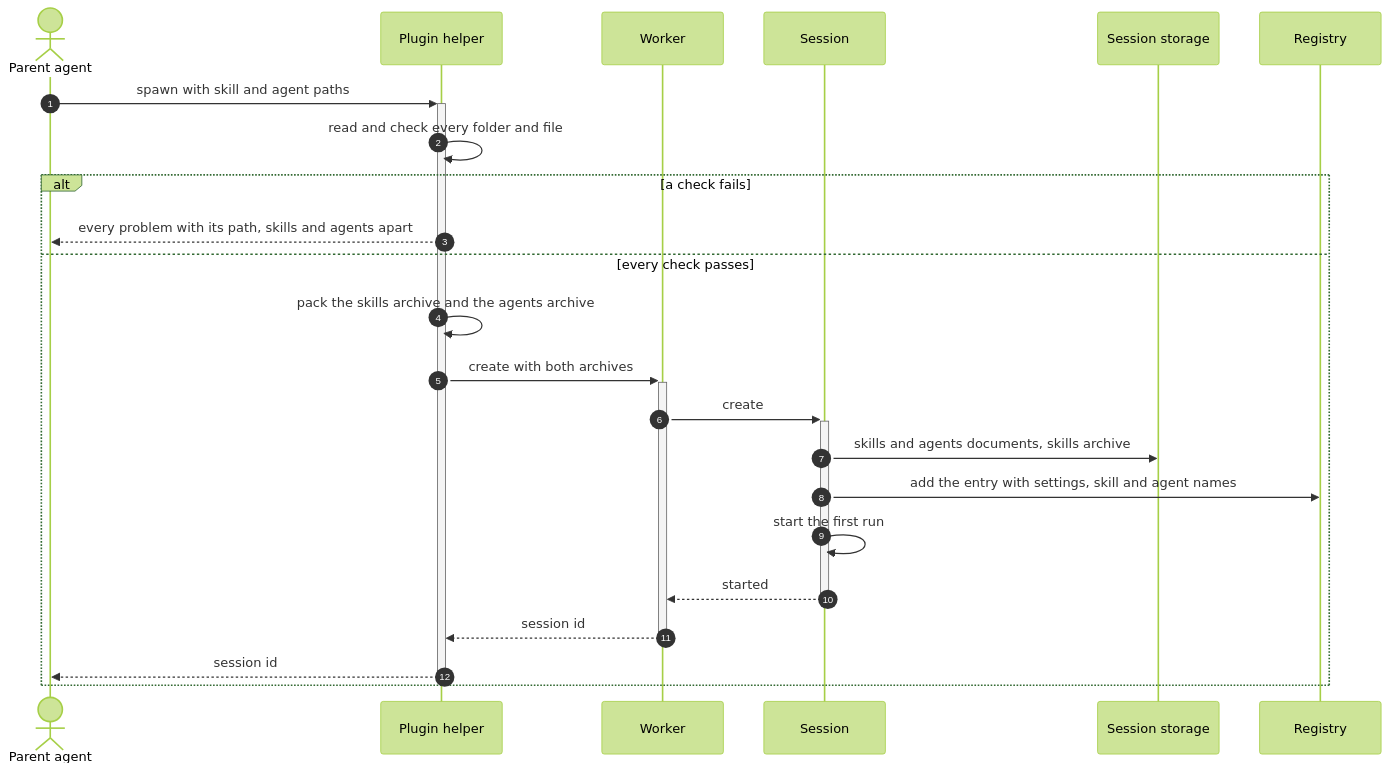
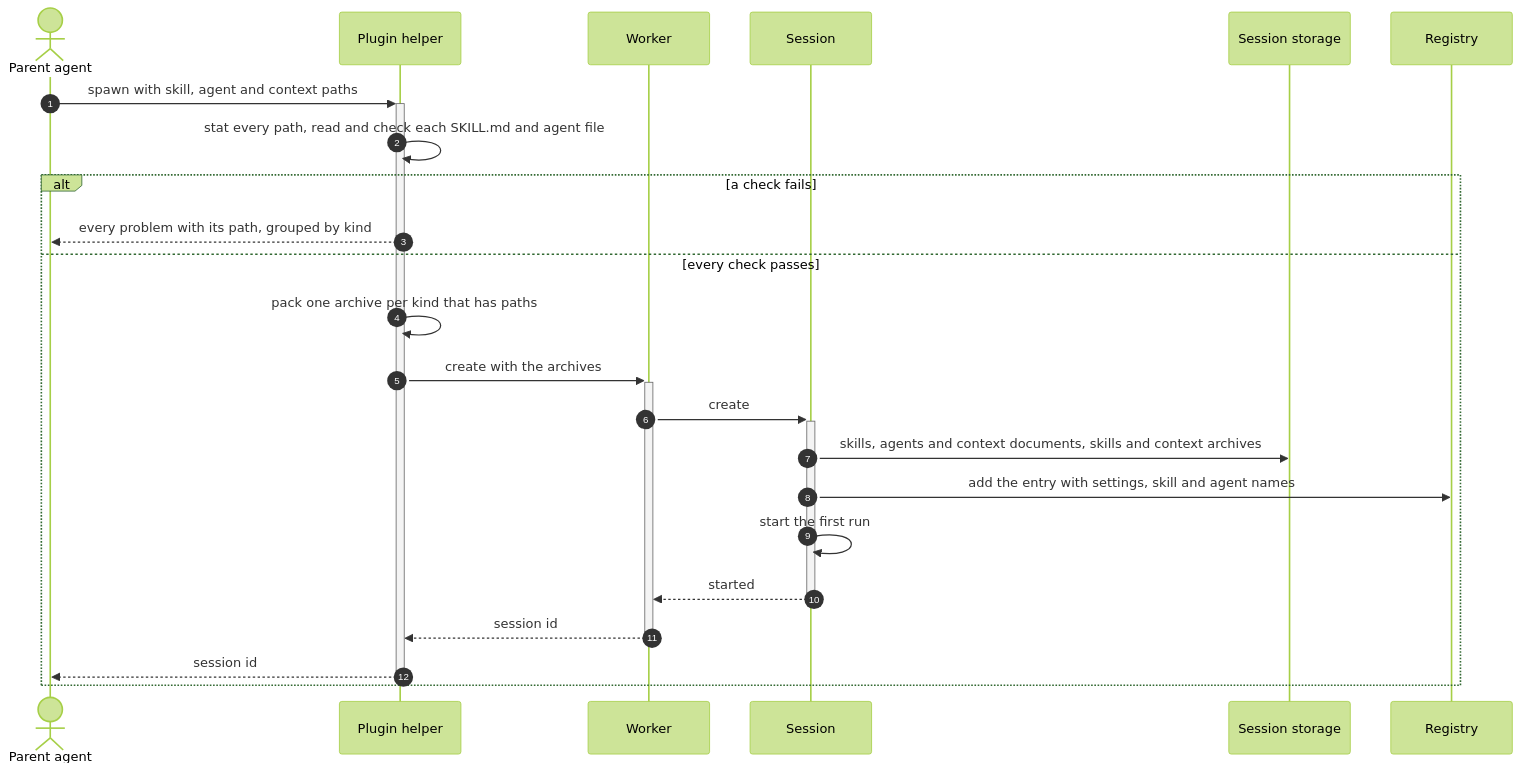
Before and after one commit to asermax/tentacles: the sixth of 9 diagrams in docs/technical-design/sessions.md, drawn with Mermaid (forest theme). The commit also changed other lines of this file and 5 other files, not shown here.

Commit message:
docs: describe the archive kinds, the archive store and context files

````diff
--- a/docs/technical-design/sessions.md
+++ b/docs/technical-design/sessions.md
@@ -307,25 +313,25 @@
 ```mermaid
 sequenceDiagram
     autonumber
     actor P as Parent agent
     participant H as Plugin helper
     participant W as Worker
     participant S as Session
     participant DB as Session storage
     participant R as Registry
-    P->>+H: spawn with skill and agent paths
-    H->>H: read and check every folder and file
+    P->>+H: spawn with skill, agent and context paths
+    H->>H: stat every path, read and check each SKILL.md and agent file
     alt a check fails
-        H-->>P: every problem with its path, skills and agents apart
+        H-->>P: every problem with its path, grouped by kind
     else every check passes
-        H->>H: pack the skills archive and the agents archive
-        H->>+W: create with both archives
+        H->>H: pack one archive per kind that has paths
+        H->>+W: create with the archives
         W->>+S: create
-        S->>DB: skills and agents documents, skills archive
+        S->>DB: skills, agents and context documents, skills and context archives
         S->>R: add the entry with settings, skill and agent names
         S->>S: start the first run
         S-->>-W: started
         W-->>-H: session id
         H-->>-P: session id
     end
 ```
````
